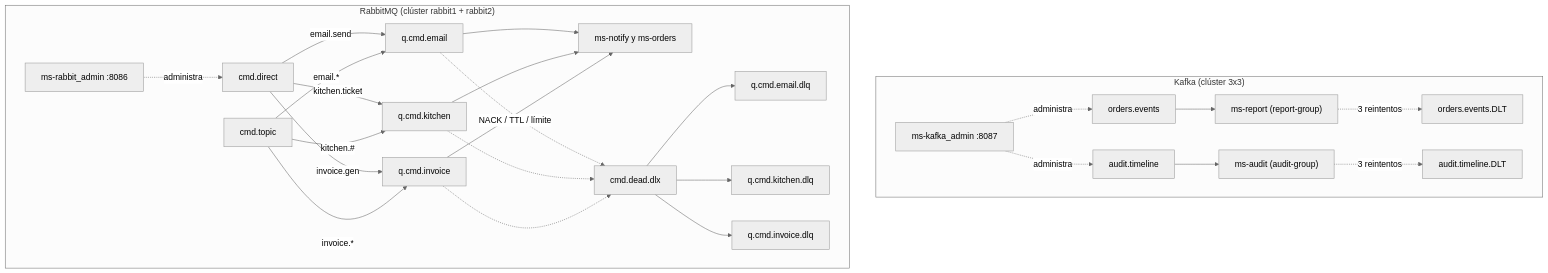
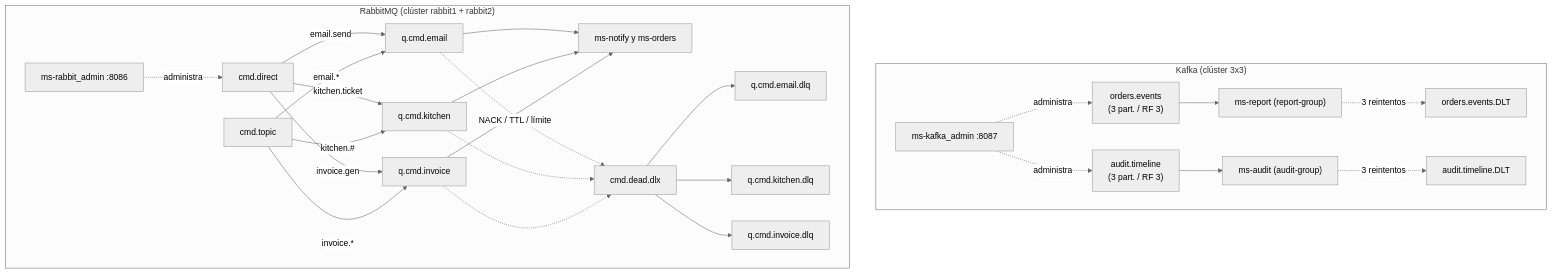
The third of 3 diagrams in README.md (meninaaa/pedidos360-backend), drawn with Mermaid (neutral theme) before and after one commit. The commit also changed other lines of this file, not shown here.

````diff
--- a/README.md
+++ b/README.md
@@ -95,29 +96,29 @@
 ```mermaid
 graph TB
     subgraph Kafka["Kafka (clúster 3x3)"]
-        T1["orders.events"] --> REP["ms-report (report-group)"]
-        T2["audit.timeline"] --> AUD["ms-audit (audit-group)"]
+        T1["orders.events<br/>(3 part. / RF 3)"] --> REP["ms-report (report-group)"]
+        T2["audit.timeline<br/>(3 part. / RF 3)"] --> AUD["ms-audit (audit-group)"]
         REP -.3 reintentos.-> DLT1["orders.events.DLT"]
         AUD -.3 reintentos.-> DLT2["audit.timeline.DLT"]
         KADM["ms-kafka_admin :8087"] -.administra.-> T1
         KADM -.administra.-> T2
     end
     subgraph RabbitMQ["RabbitMQ (clúster rabbit1 + rabbit2)"]
         EXD["cmd.direct"] -->|email.send| Q1["q.cmd.email"]
         EXD -->|kitchen.ticket| Q2["q.cmd.kitchen"]
         EXD -->|invoice.gen| Q3["q.cmd.invoice"]
         EXT["cmd.topic"] -->|"email.*"| Q1
         EXT -->|"kitchen.#"| Q2
         EXT -->|"invoice.*"| Q3
         Q1 --> NOT["ms-notify y ms-orders"]
         Q2 --> NOT
         Q3 --> NOT
         Q1 -.NACK / TTL / límite.-> DLX["cmd.dead.dlx"]
         Q2 -.-> DLX
         Q3 -.-> DLX
         DLX --> D1["q.cmd.email.dlq"]
         DLX --> D2["q.cmd.kitchen.dlq"]
         DLX --> D3["q.cmd.invoice.dlq"]
         ADM["ms-rabbit_admin :8086"] -.administra.-> EXD
     end
 ```
````
